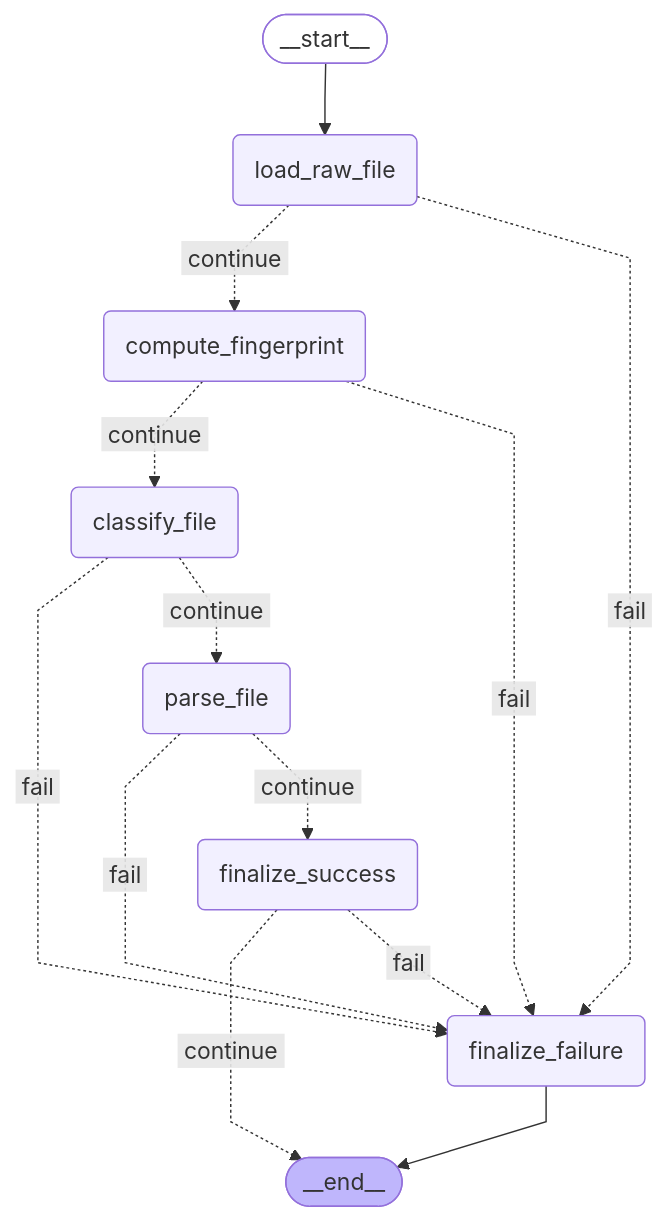
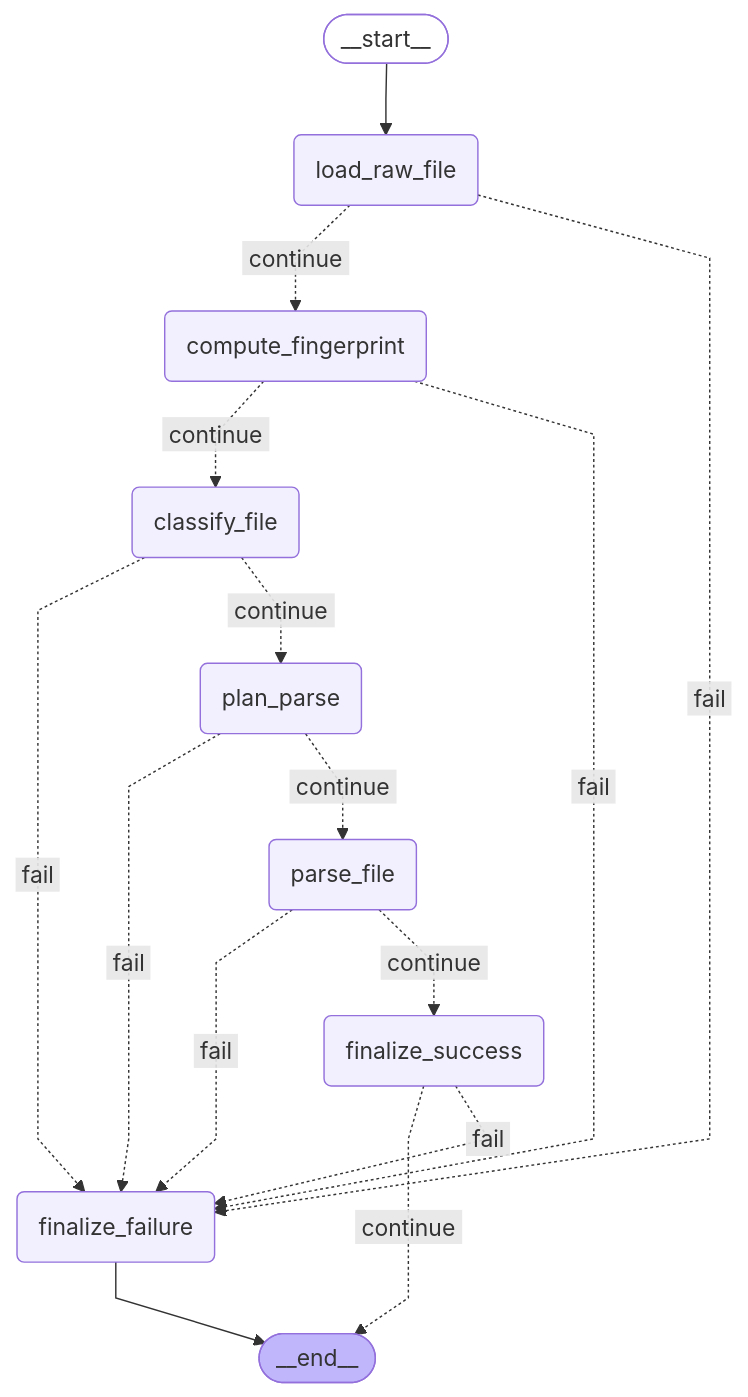
Before and after one commit to aiteachme/AITeachMe: the diagram in backend/scripts/.generated_workflow_diagrams/ingest_parse.md, drawn with Mermaid. The commit also changed 11 other files, not shown here.

````diff
--- a/backend/scripts/.generated_workflow_diagrams/ingest_parse.md
+++ b/backend/scripts/.generated_workflow_diagrams/ingest_parse.md
@@ -5,31 +5,34 @@
 ```mermaid
 ---
 config:
   flowchart:
     curve: linear
 ---
 graph TD;
 	__start__([<p>__start__</p>]):::first
 	load_raw_file(load_raw_file)
 	compute_fingerprint(compute_fingerprint)
 	classify_file(classify_file)
+	plan_parse(plan_parse)
 	parse_file(parse_file)
 	finalize_success(finalize_success)
 	finalize_failure(finalize_failure)
 	__end__([<p>__end__</p>]):::last
 	__start__ --> load_raw_file;
 	classify_file -. &nbsp;fail&nbsp; .-> finalize_failure;
-	classify_file -. &nbsp;continue&nbsp; .-> parse_file;
+	classify_file -. &nbsp;continue&nbsp; .-> plan_parse;
 	compute_fingerprint -. &nbsp;continue&nbsp; .-> classify_file;
 	compute_fingerprint -. &nbsp;fail&nbsp; .-> finalize_failure;
 	finalize_success -. &nbsp;continue&nbsp; .-> __end__;
 	finalize_success -. &nbsp;fail&nbsp; .-> finalize_failure;
 	load_raw_file -. &nbsp;continue&nbsp; .-> compute_fingerprint;
 	load_raw_file -. &nbsp;fail&nbsp; .-> finalize_failure;
 	parse_file -. &nbsp;fail&nbsp; .-> finalize_failure;
 	parse_file -. &nbsp;continue&nbsp; .-> finalize_success;
+	plan_parse -. &nbsp;fail&nbsp; .-> finalize_failure;
+	plan_parse -. &nbsp;continue&nbsp; .-> parse_file;
 	finalize_failure --> __end__;
 	classDef default fill:#f2f0ff,line-height:1.2
 	classDef first fill-opacity:0
 	classDef last fill:#bfb6fc
 ```
````
